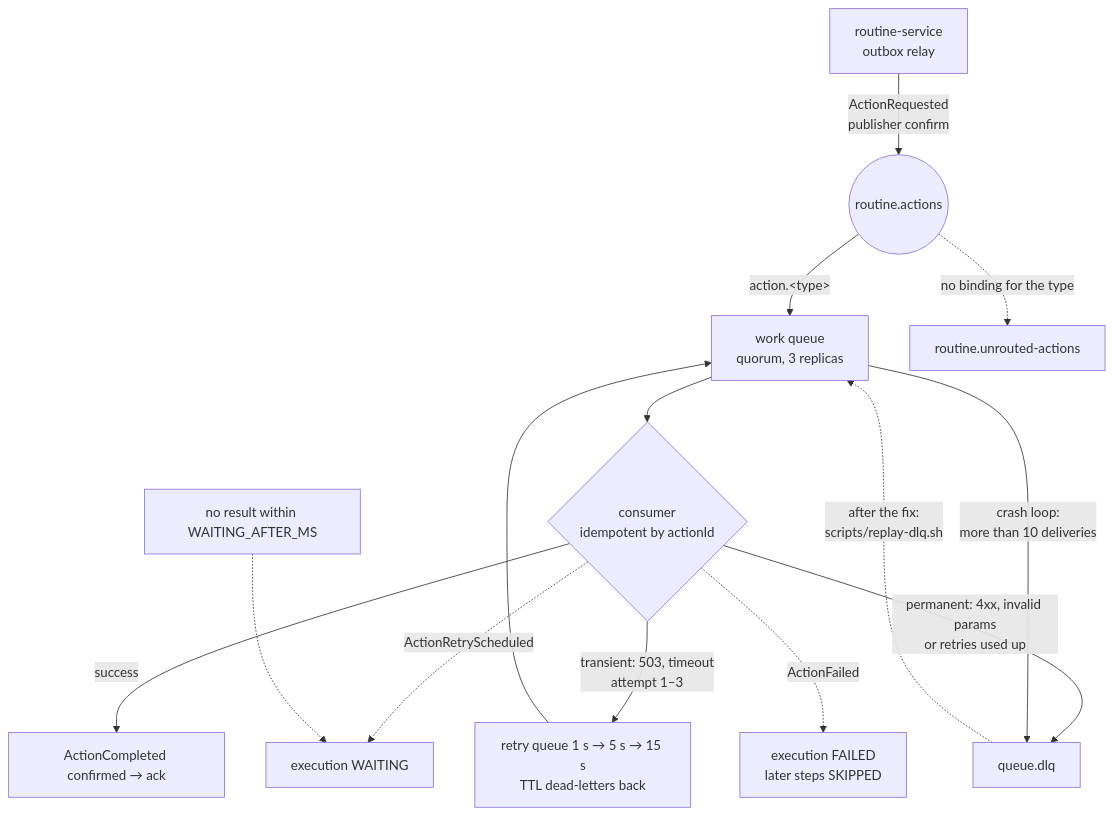
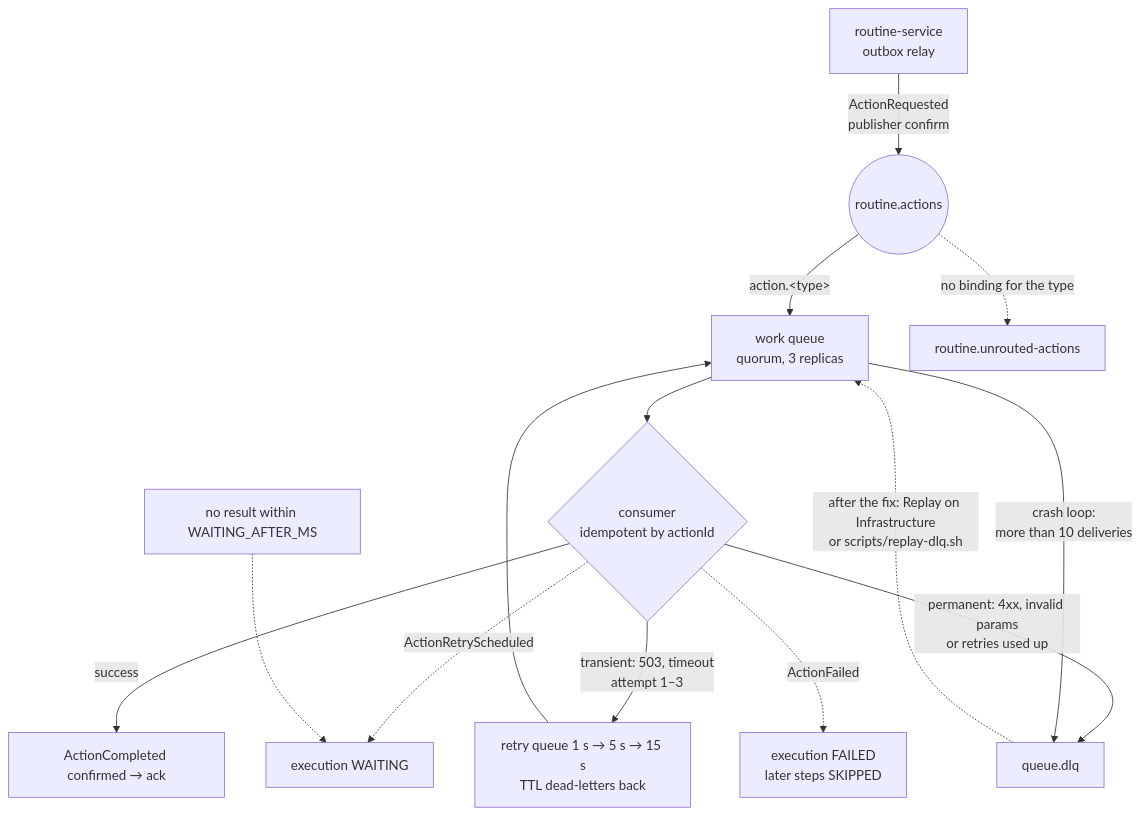
The third of 4 diagrams in docs/architecture.md (sxpersxnic/tbz-m321-routine), drawn with Mermaid before and after one commit. The commit also changed other lines of this file and 13 other files, not shown here.

````diff
--- a/docs/architecture.md
+++ b/docs/architecture.md
@@ -134,16 +134,16 @@
 ```mermaid
 flowchart TD
     O[routine-service<br/>outbox relay] -->|ActionRequested<br/>publisher confirm| X((routine.actions))
     X -->|action.&lt;type&gt;| Q[work queue<br/>quorum, 3 replicas]
     X -.->|no binding for the type| U[routine.unrouted-actions]
     Q --> C{consumer<br/>idempotent by actionId}
     C -->|success| A[ActionCompleted confirmed → ack]
     C -->|transient: 503, timeout<br/>attempt 1–3| R[retry queue 1 s → 5 s → 15 s<br/>TTL dead-letters back]
     R --> Q
     C -.->|ActionRetryScheduled| W[execution WAITING]
     C -->|permanent: 4xx, invalid params<br/>or retries used up| D[queue.dlq]
     C -.->|ActionFailed| F[execution FAILED<br/>later steps SKIPPED]
     Q -->|crash loop:<br/>more than 10 deliveries| D
-    D -.->|after the fix:<br/>scripts/replay-dlq.sh| Q
+    D -.->|after the fix: Replay on Infrastructure<br/>or scripts/replay-dlq.sh| Q
     NR[no result within WAITING_AFTER_MS] -.-> W
 ```
````
